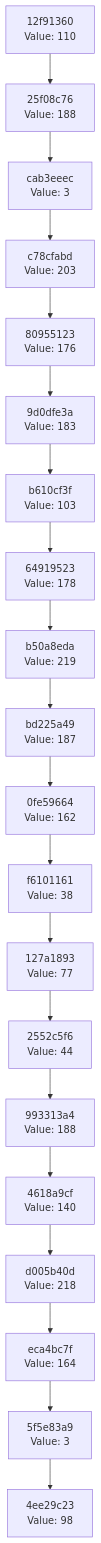
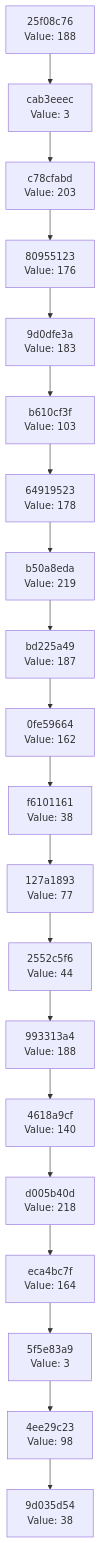
Before and after one commit to Abhisheksinha1506/hash-chain-evolver: the diagram in docs/CHAIN_VISUALIZATION.md, drawn with Mermaid. The commit also changed 3 other files, not shown here.

````diff
--- a/docs/CHAIN_VISUALIZATION.md
+++ b/docs/CHAIN_VISUALIZATION.md
@@ -3,42 +3,42 @@
 ```mermaid
 graph TD
-    C0["4ee29c23<br/>Value: 98"]
-    C1["5f5e83a9<br/>Value: 3"]
+    C0["9d035d54<br/>Value: 38"]
+    C1["4ee29c23<br/>Value: 98"]
     C1 --> C0
-    C2["eca4bc7f<br/>Value: 164"]
+    C2["5f5e83a9<br/>Value: 3"]
     C2 --> C1
-    C3["d005b40d<br/>Value: 218"]
+    C3["eca4bc7f<br/>Value: 164"]
     C3 --> C2
-    C4["4618a9cf<br/>Value: 140"]
+    C4["d005b40d<br/>Value: 218"]
     C4 --> C3
-    C5["993313a4<br/>Value: 188"]
+    C5["4618a9cf<br/>Value: 140"]
     C5 --> C4
-    C6["2552c5f6<br/>Value: 44"]
+    C6["993313a4<br/>Value: 188"]
     C6 --> C5
-    C7["127a1893<br/>Value: 77"]
+    C7["2552c5f6<br/>Value: 44"]
     C7 --> C6
-    C8["f6101161<br/>Value: 38"]
+    C8["127a1893<br/>Value: 77"]
     C8 --> C7
-    C9["0fe59664<br/>Value: 162"]
+    C9["f6101161<br/>Value: 38"]
     C9 --> C8
-    C10["bd225a49<br/>Value: 187"]
+    C10["0fe59664<br/>Value: 162"]
     C10 --> C9
-    C11["b50a8eda<br/>Value: 219"]
+    C11["bd225a49<br/>Value: 187"]
     C11 --> C10
-    C12["64919523<br/>Value: 178"]
+    C12["b50a8eda<br/>Value: 219"]
     C12 --> C11
-    C13["b610cf3f<br/>Value: 103"]
+    C13["64919523<br/>Value: 178"]
     C13 --> C12
-    C14["9d0dfe3a<br/>Value: 183"]
+    C14["b610cf3f<br/>Value: 103"]
     C14 --> C13
-    C15["80955123<br/>Value: 176"]
+    C15["9d0dfe3a<br/>Value: 183"]
     C15 --> C14
-    C16["c78cfabd<br/>Value: 203"]
+    C16["80955123<br/>Value: 176"]
     C16 --> C15
-    C17["cab3eeec<br/>Value: 3"]
+    C17["c78cfabd<br/>Value: 203"]
     C17 --> C16
-    C18["25f08c76<br/>Value: 188"]
+    C18["cab3eeec<br/>Value: 3"]
     C18 --> C17
-    C19["12f91360<br/>Value: 110"]
+    C19["25f08c76<br/>Value: 188"]
     C19 --> C18
 ```
````
